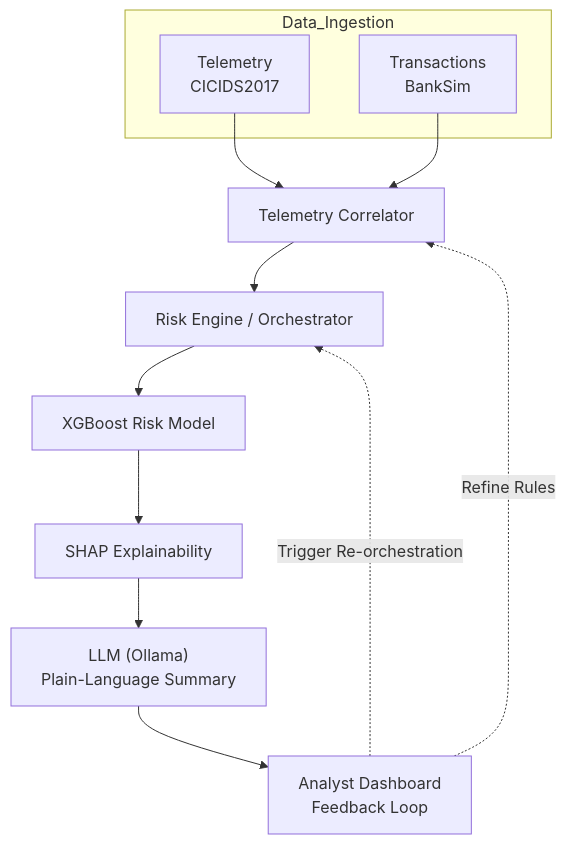
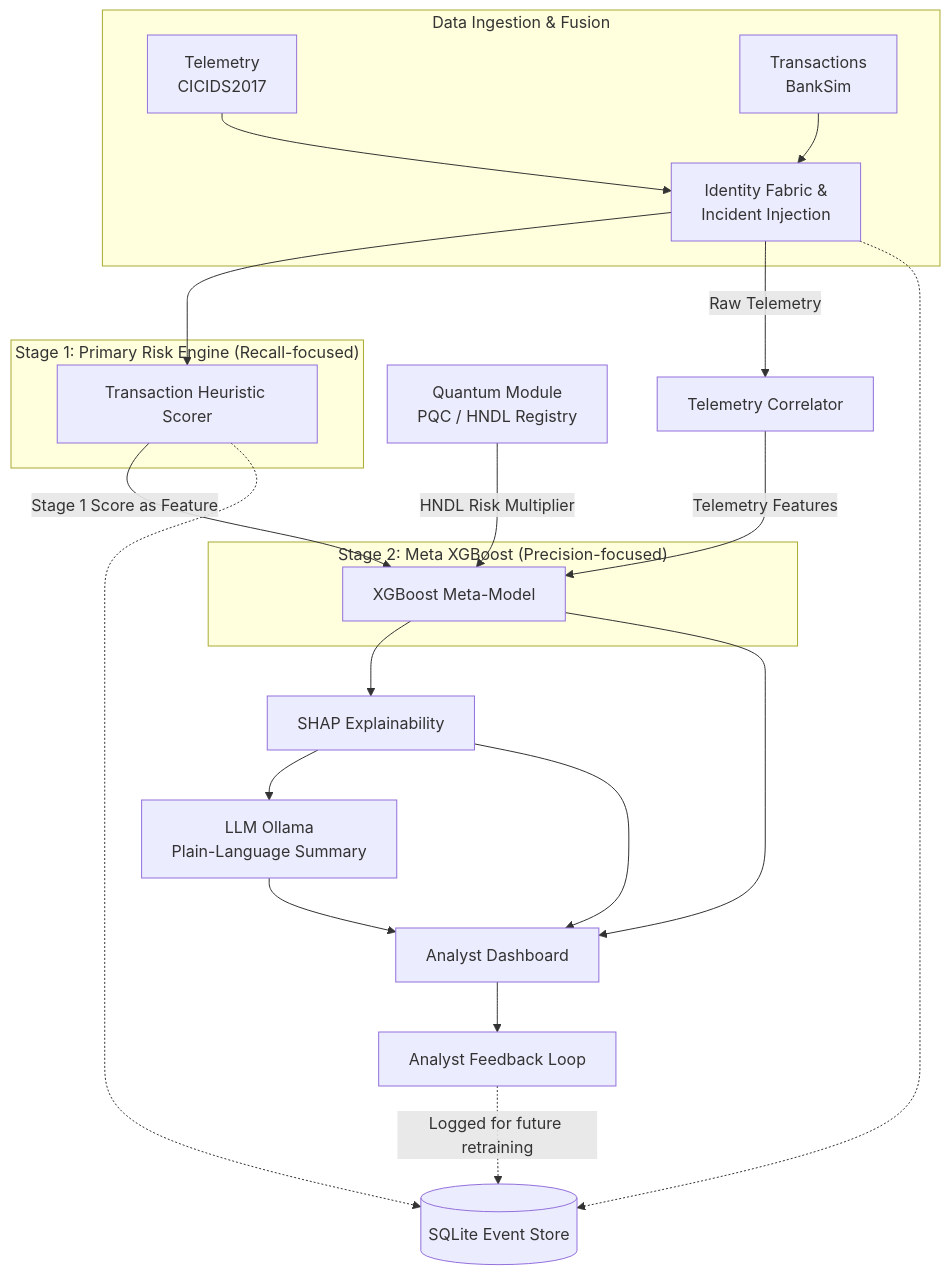
The diagram in README.md (krisha-oswal/aegisX), drawn with Mermaid before and after one commit. The commit also changed other lines of this file, not shown here.

Commit message:
Update README with two-stage detection details
Enhanced the README with detailed descriptions of the two-stage detection pipeline and features, including updates on risk scoring and telemetry detection.

````diff
--- a/README.md
+++ b/README.md
@@ -34,32 +37,42 @@
 ```mermaid
 graph TD
-
-    %% Nodes
     A["Telemetry<br/>CICIDS2017"]
     B["Transactions<br/>BankSim"]
 
-    C["Telemetry Correlator"]
-    D["Risk Engine / Orchestrator"]
-
-    E["XGBoost Risk Model"]
-    F["SHAP Explainability"]
-    G["LLM (Ollama)<br/>Plain-Language Summary"]
-
-    H["Analyst Dashboard<br/>Feedback Loop"]
-
-    subgraph Data_Ingestion
+    subgraph Data_Ingestion["Data Ingestion & Fusion"]
         A
         B
+        ID["Identity Fabric &<br/>Incident Injection"]
+        A --> ID
+        B --> ID
     end
 
-    A --> C
-    B --> C
-    C --> D
-    D --> E
-    E --> F
-    F --> G
-    G --> H
+    subgraph Stage_1["Stage 1: Primary Risk Engine (Recall-focused)"]
+        S1["Transaction Heuristic Scorer"]
+    end
 
-    H -. "Refine Rules" .-> C
-    H -. "Trigger Re-orchestration" .-> D
+    ID --> S1
+    ID -->|Raw Telemetry| TC["Telemetry Correlator"]
+
+    QM["Quantum Module<br/>PQC / HNDL Registry"]
+
+    subgraph Stage_2["Stage 2: Meta XGBoost (Precision-focused)"]
+        XGB["XGBoost Meta-Model"]
+    end
+
+    S1 -->|Stage 1 Score as Feature| XGB
+    TC -->|Telemetry Features| XGB
+    QM -->|HNDL Risk Multiplier| XGB
+
+    XGB --> SHAP["SHAP Explainability"]
+    SHAP --> LLM["LLM Ollama<br/>Plain-Language Summary"]
+
+    XGB --> DASH["Analyst Dashboard"]
+    SHAP --> DASH
+    LLM --> DASH
+
+    DASH --> FB["Analyst Feedback Loop"]
+    FB -. "Logged for future retraining" .-> DB[("SQLite Event Store")]
+    S1 -.-> DB
+    ID -.-> DB
 ```
````
